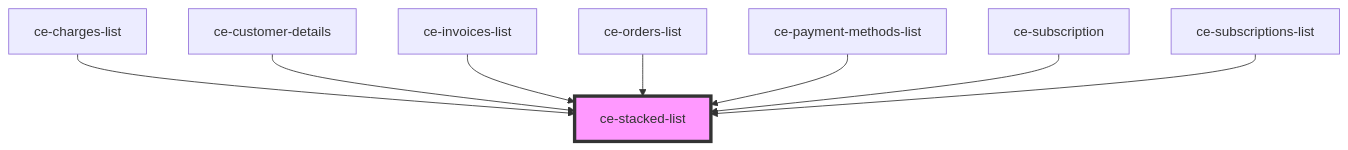
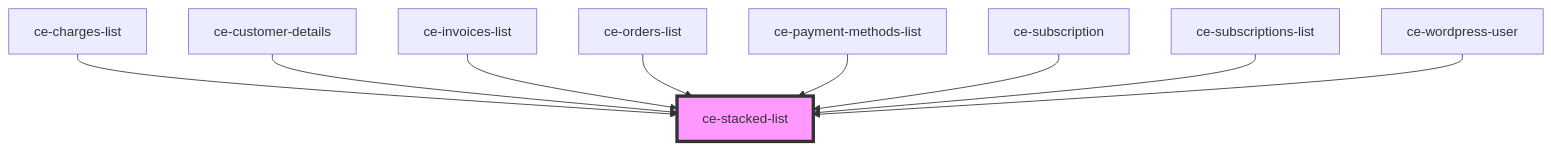
One commit to surecart/surecart-wp-plugin changed the diagram in packages/components/src/components/ui/stacked-list/readme.md. Above: the diagram before and after it, drawn with Mermaid. The commit also changed other lines of this file and 27 other files, not shown here.

````diff
--- a/packages/components/src/components/ui/stacked-list/readme.md
+++ b/packages/components/src/components/ui/stacked-list/readme.md
@@ -21,11 +22,12 @@
 ```mermaid
 graph TD;
   ce-charges-list --> ce-stacked-list
   ce-customer-details --> ce-stacked-list
   ce-invoices-list --> ce-stacked-list
   ce-orders-list --> ce-stacked-list
   ce-payment-methods-list --> ce-stacked-list
   ce-subscription --> ce-stacked-list
   ce-subscriptions-list --> ce-stacked-list
+  ce-wordpress-user --> ce-stacked-list
   style ce-stacked-list fill:#f9f,stroke:#333,stroke-width:4px
 ```
````
